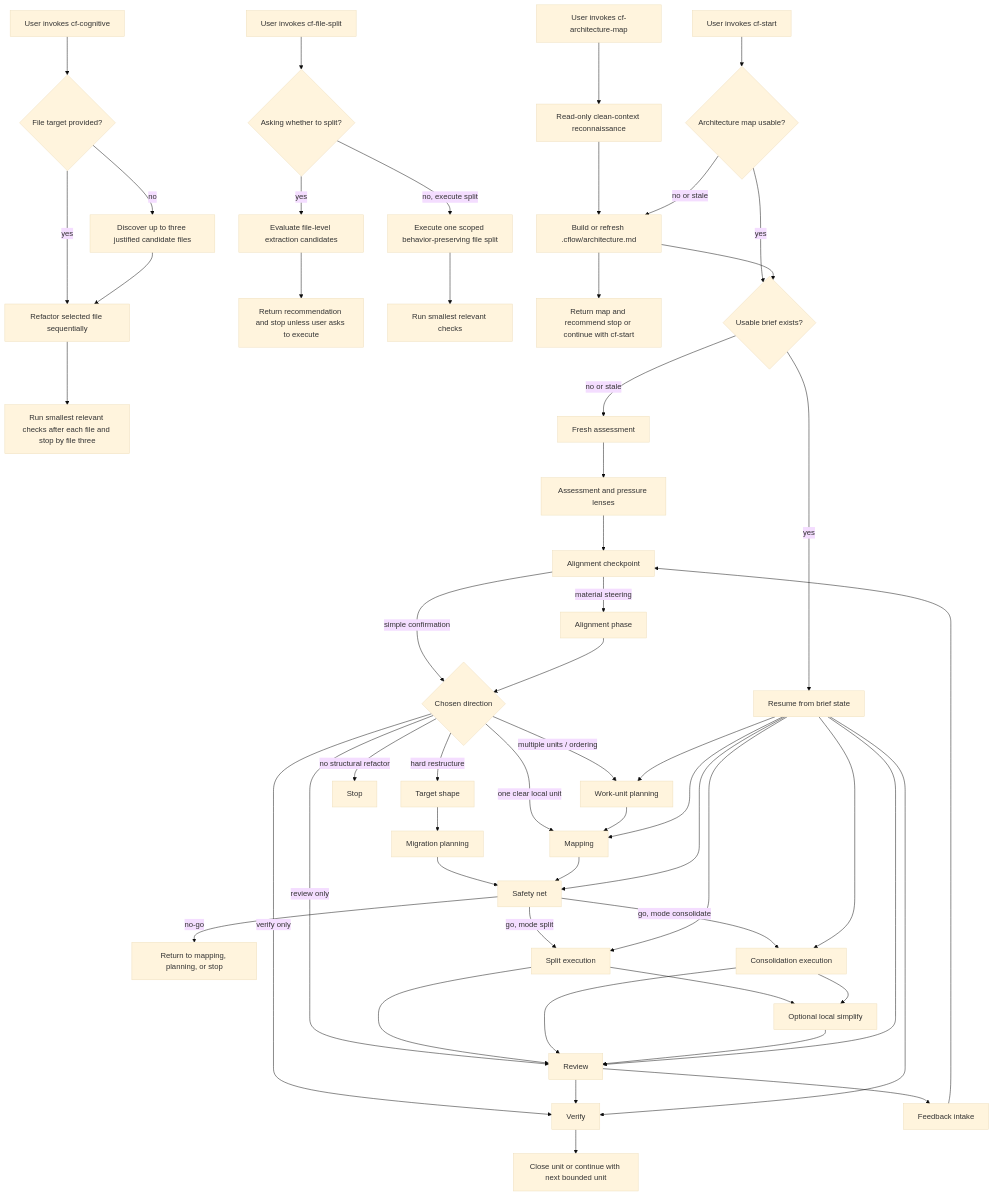
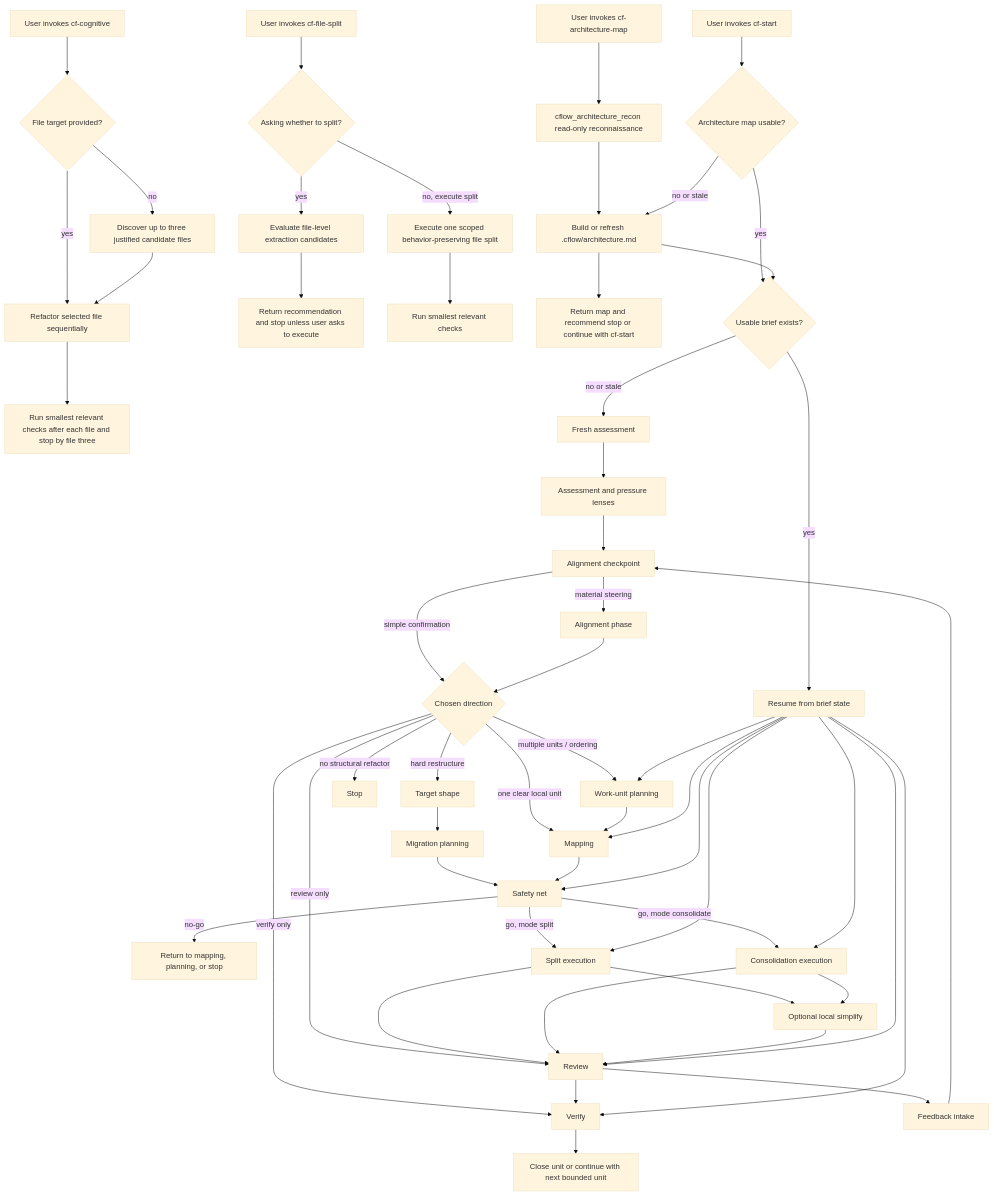
One commit to gualask/clean-flow changed the diagram in docs/workflow-map.md. Above: the diagram before and after it, drawn with Mermaid (base theme). The commit also changed other lines of this file and 20 other files, not shown here.

````diff
--- a/docs/workflow-map.md
+++ b/docs/workflow-map.md
@@ -21,66 +21,66 @@
 ```mermaid
 flowchart TD
     X[User invokes cf-cognitive] --> X0{File target provided?}
     X0 -- yes --> X1[Refactor selected file sequentially]
     X0 -- no --> X2[Discover up to three justified candidate files]
     X2 --> X1
     X1 --> X3[Run smallest relevant checks after each file and stop by file three]
 
     Y[User invokes cf-file-split] --> Y0{Asking whether to split?}
     Y0 -- yes --> Y1[Evaluate file-level extraction candidates]
     Y0 -- no, execute split --> Y2[Execute one scoped behavior-preserving file split]
     Y1 --> Y3[Return recommendation and stop unless user asks to execute]
     Y2 --> Y4[Run smallest relevant checks]
 
-    A[User invokes cf-architecture-map] --> A0[Read-only clean-context reconnaissance]
+    A[User invokes cf-architecture-map] --> A0[cflow_architecture_recon read-only reconnaissance]
     A0 --> A1[Build or refresh .cflow/architecture.md]
     A1 --> A2[Return map and recommend stop or continue with cf-start]
 
     B[User invokes cf-start] --> C{Architecture map usable?}
     C -- no or stale --> A1
     C -- yes --> D{Usable brief exists?}
     A1 --> D
     D -- no or stale --> E[Fresh assessment]
     D -- yes --> F[Resume from brief state]
 
     E --> G[Assessment and pressure lenses]
     G --> H[Alignment checkpoint]
     H -- simple confirmation --> I{Chosen direction}
     H -- material steering --> J[Alignment phase]
     J --> I
 
     I -- one clear local unit --> K[Mapping]
     I -- multiple units / ordering --> L[Work-unit planning]
     I -- hard restructure --> M[Target shape]
     I -- review only --> R[Review]
     I -- verify only --> S[Verify]
     I -- no structural refactor --> T[Stop]
 
     M --> N[Migration planning]
     L --> K
     N --> O[Safety net]
     K --> O
 
     O -- no-go --> U[Return to mapping, planning, or stop]
     O -- go, mode split --> P[Split execution]
     O -- go, mode consolidate --> Q[Consolidation execution]
 
     P --> V[Optional local simplify]
     Q --> V
     P --> R
     Q --> R
     V --> R
 
     R --> S
     R --> W[Feedback intake]
     W --> H
     S --> Z[Close unit or continue with next bounded unit]
 
     F --> L
     F --> K
     F --> O
     F --> P
     F --> Q
     F --> R
     F --> S
 ```
````
